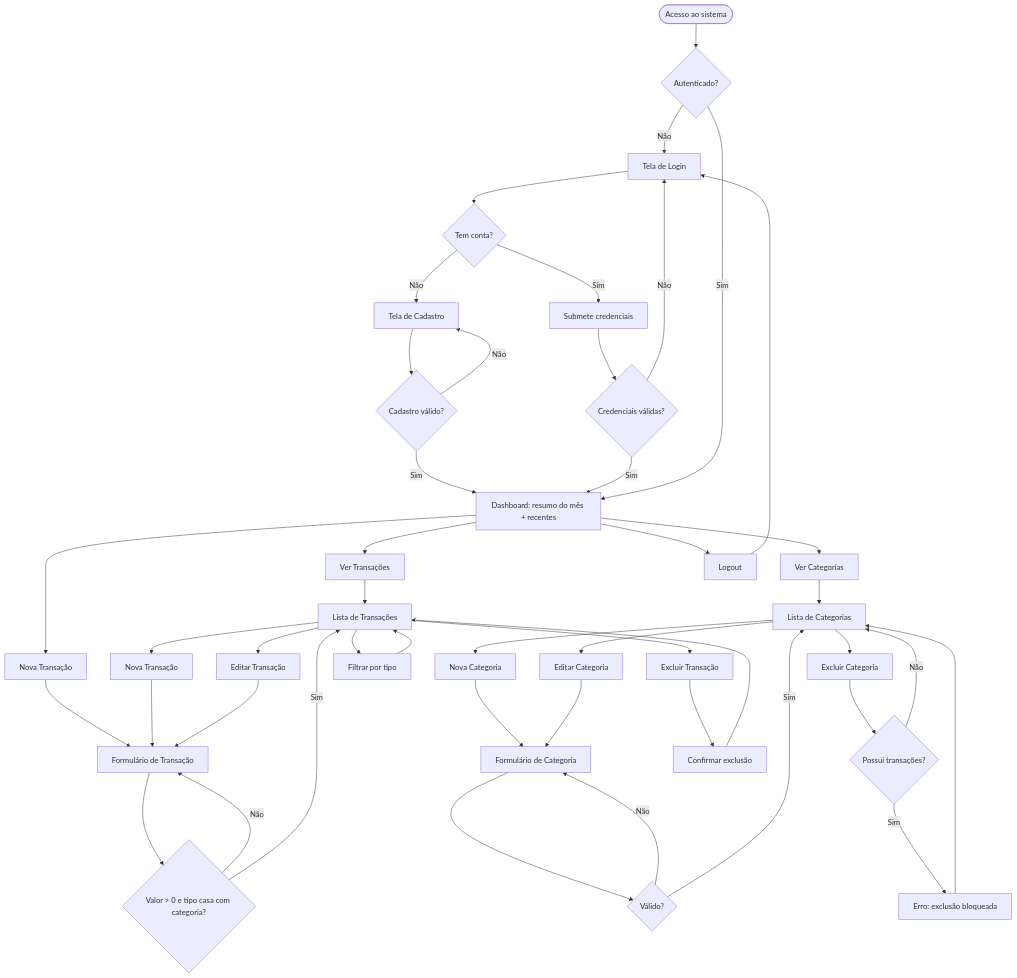
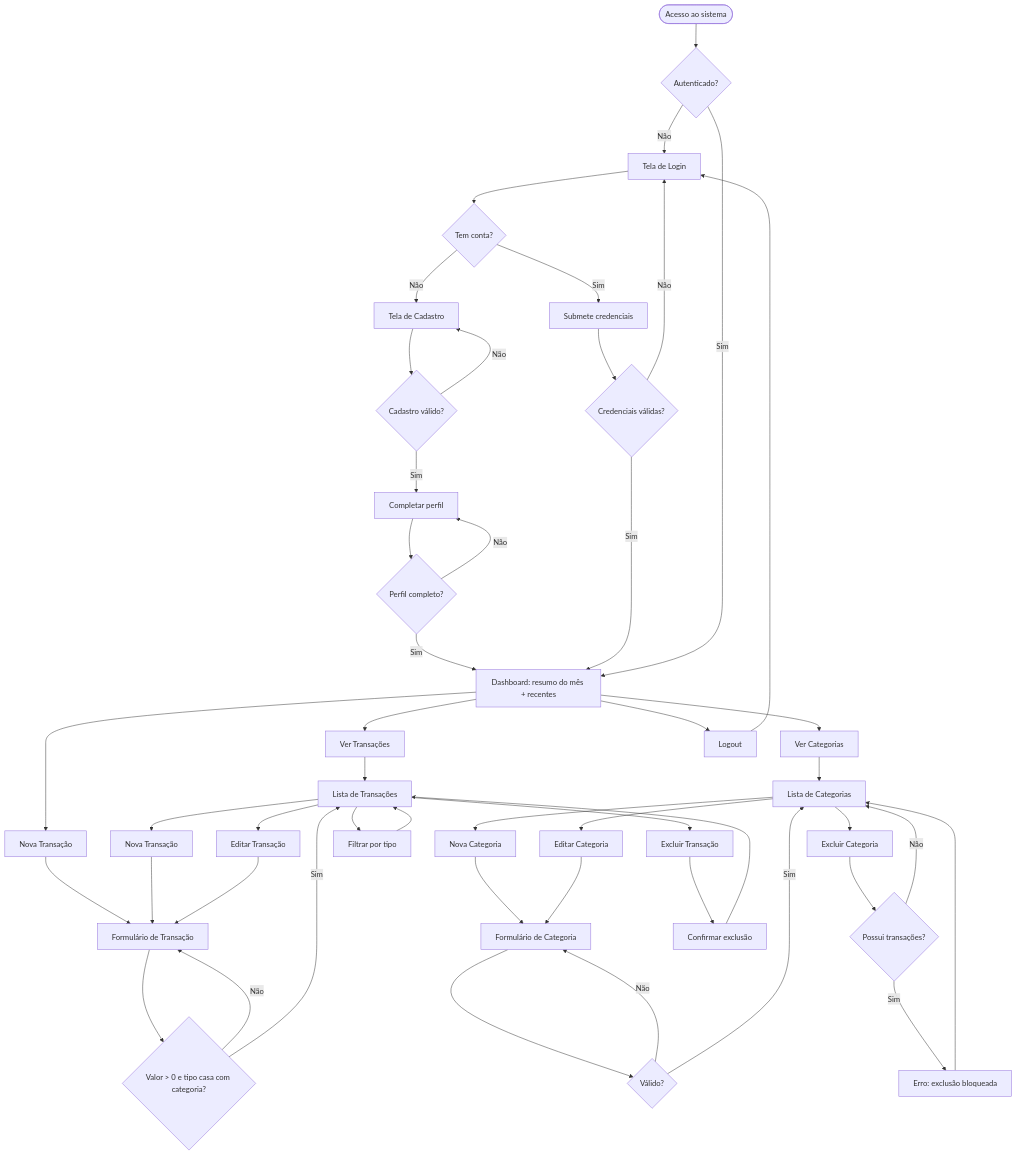
One commit to Jhonnyss3/emy changed the first of 3 diagrams in PRD.md. Above: the diagram before and after it, drawn with Mermaid. The commit also changed other lines of this file and 18 other files, not shown here.

````diff
--- a/PRD.md
+++ b/PRD.md
@@ -115,51 +118,54 @@
 ```mermaid
 flowchart TD
     Start([Acesso ao sistema]) --> Auth{Autenticado?}
     Auth -- Não --> Login[Tela de Login]
     Login --> HasAcc{Tem conta?}
     HasAcc -- Não --> Register[Tela de Cadastro]
     Register --> RegOK{Cadastro válido?}
     RegOK -- Não --> Register
-    RegOK -- Sim --> Dashboard
+    RegOK -- Sim --> Profile[Completar perfil]
+    Profile --> ProfileOK{Perfil completo?}
+    ProfileOK -- Não --> Profile
+    ProfileOK -- Sim --> Dashboard
     HasAcc -- Sim --> LoginTry[Submete credenciais]
     LoginTry --> LoginOK{Credenciais válidas?}
     LoginOK -- Não --> Login
     LoginOK -- Sim --> Dashboard
 
     Auth -- Sim --> Dashboard[Dashboard: resumo do mês + recentes]
 
     Dashboard --> NavTx[Ver Transações]
     Dashboard --> NavCat[Ver Categorias]
     Dashboard --> NewTxQuick[Nova Transação]
     Dashboard --> Logout[Logout]
     Logout --> Login
 
     NavCat --> CatList[Lista de Categorias]
     CatList --> NewCat[Nova Categoria]
     CatList --> EditCat[Editar Categoria]
     CatList --> DelCat[Excluir Categoria]
     NewCat --> CatForm[Formulário de Categoria]
     EditCat --> CatForm
     CatForm --> CatValid{Válido?}
     CatValid -- Não --> CatForm
     CatValid -- Sim --> CatList
     DelCat --> CatHasTx{Possui transações?}
     CatHasTx -- Sim --> CatBlocked[Erro: exclusão bloqueada]
     CatBlocked --> CatList
     CatHasTx -- Não --> CatList
 
     NavTx --> TxList[Lista de Transações]
     NewTxQuick --> TxForm
     TxList --> FilterTx[Filtrar por tipo]
     FilterTx --> TxList
     TxList --> NewTx[Nova Transação]
     TxList --> EditTx[Editar Transação]
     TxList --> DelTx[Excluir Transação]
     NewTx --> TxForm[Formulário de Transação]
     EditTx --> TxForm
     TxForm --> TxValid{Valor > 0 e tipo casa com categoria?}
     TxValid -- Não --> TxForm
     TxValid -- Sim --> TxList
     DelTx --> TxConfirm[Confirmar exclusão]
     TxConfirm --> TxList
 ```
````
